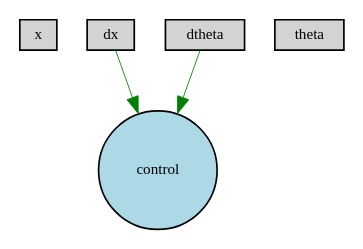
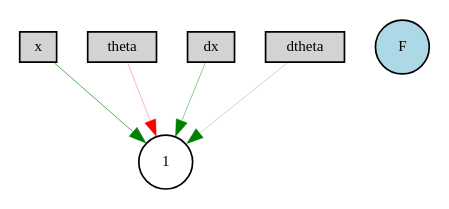
The diagram in winner-enabled-pruned.gv (ericjhkim/CartpoleNEAT), drawn with Graphviz before and after one commit. The commit also changed 9 other files, not shown here.

```diff
--- a/winner-enabled-pruned.gv
+++ b/winner-enabled-pruned.gv
@@ -1,10 +1,12 @@
 digraph {
 	node [fontsize=9 height=0.2 shape=circle width=0.2]
 	x [fillcolor=lightgray shape=box style=filled]
+	theta [fillcolor=lightgray shape=box style=filled]
 	dx [fillcolor=lightgray shape=box style=filled]
-	theta [fillcolor=lightgray shape=box style=filled]
 	dtheta [fillcolor=lightgray shape=box style=filled]
-	control [fillcolor=lightblue style=filled]
-	dtheta -> control [color=green penwidth=0.5246761200811692 style=solid]
-	dx -> control [color=green penwidth=0.5228353547016426 style=solid]
+	F [fillcolor=lightblue style=filled]
+	dtheta -> 1 [color=green penwidth=0.15330265546533695 style=solid]
+	x -> 1 [color=green penwidth=0.390473452467608 style=solid]
+	theta -> 1 [color=red penwidth=0.17388255870729874 style=solid]
+	dx -> 1 [color=green penwidth=0.25697225396578904 style=solid]
 }
```
